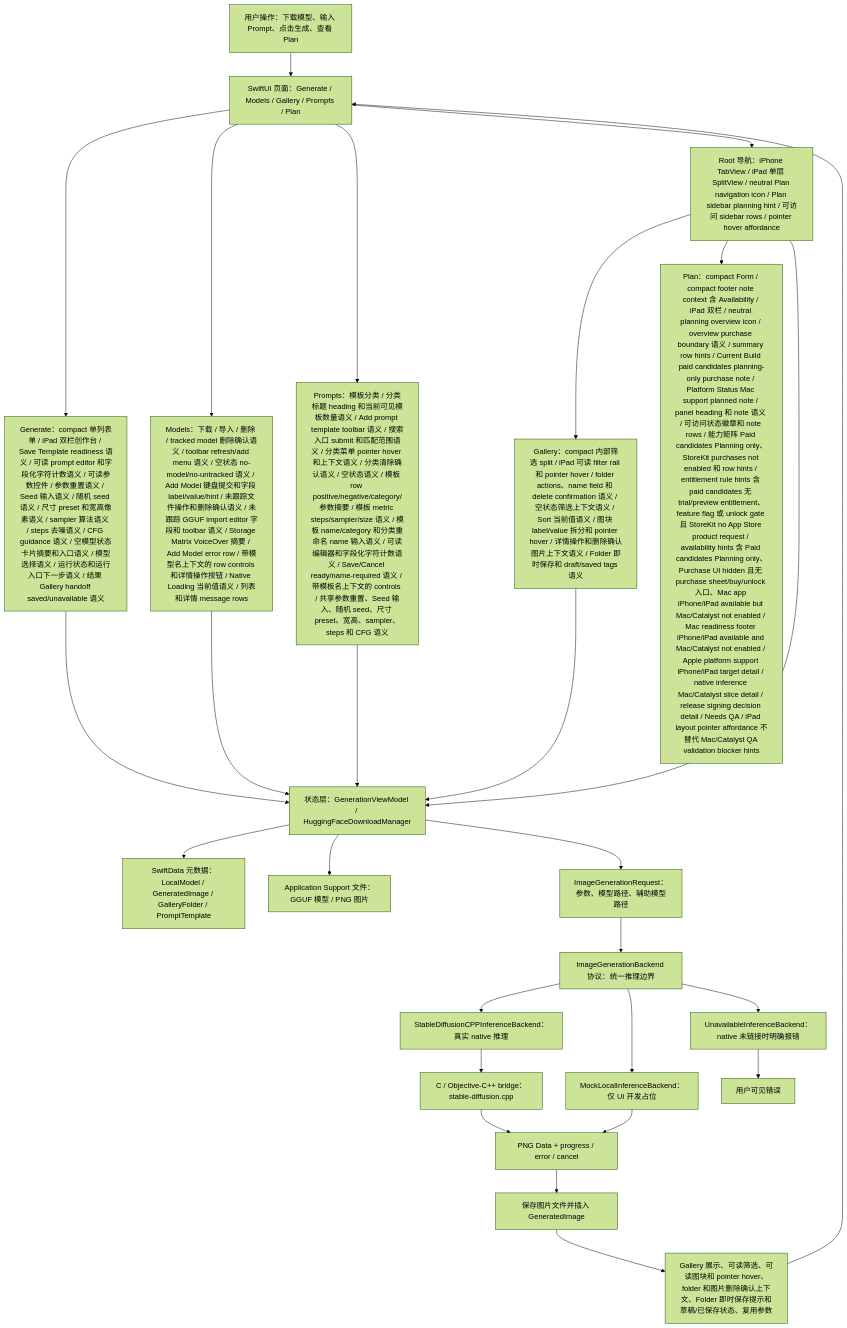
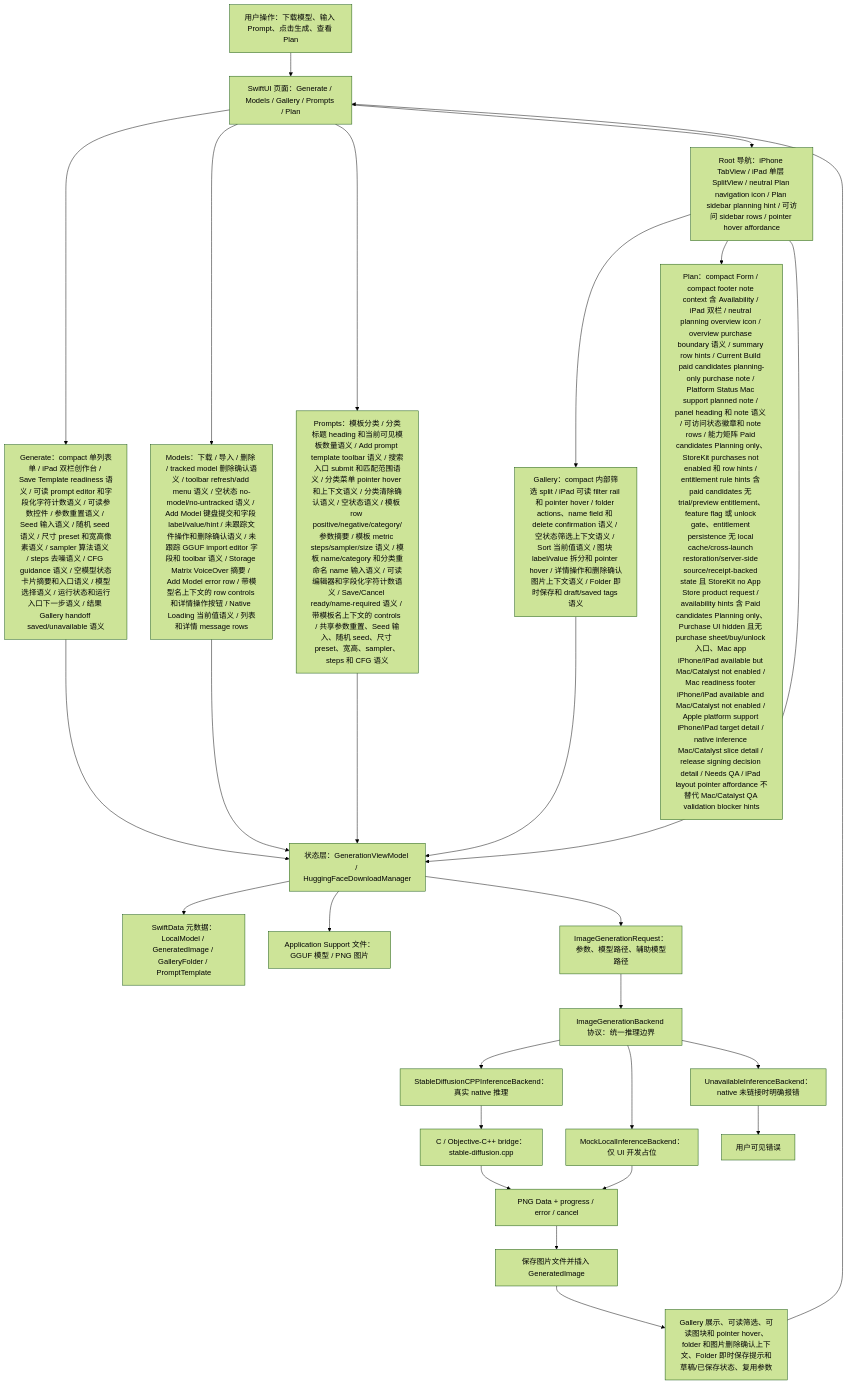
The first of 7 diagrams in md/flow/flowchart.md (Altman-sam114/118), drawn with Mermaid (forest theme) before and after one commit. The commit also changed 5 other files, not shown here.

First line of the commit message:
v1.113: Plan entitlement persistence boundary

````diff
--- a/md/flow/flowchart.md
+++ b/md/flow/flowchart.md
@@ -9,29 +9,29 @@
 ```mermaid
 flowchart TD
   U["用户操作：下载模型、输入 Prompt、点击生成、查看 Plan"] --> UI["SwiftUI 页面：Generate / Models / Gallery / Prompts / Plan"]
   UI --> GENUI["Generate：compact 单列表单 / iPad 双栏创作台 / Save Template readiness 语义 / 可读 prompt editor 和字段化字符计数语义 / 可读参数控件 / 参数重置语义 / Seed 输入语义 / 随机 seed 语义 / 尺寸 preset 和宽高像素语义 / sampler 算法语义 / steps 去噪语义 / CFG guidance 语义 / 空模型状态卡片摘要和入口语义 / 模型选择语义 / 运行状态和运行入口下一步语义 / 结果 Gallery handoff saved/unavailable 语义"]
   UI --> MODELUI["Models：下载 / 导入 / 删除 / tracked model 删除确认语义 / toolbar refresh/add menu 语义 / 空状态 no-model/no-untracked 语义 / Add Model 键盘提交和字段 label/value/hint / 未跟踪文件操作和删除确认语义 / 未跟踪 GGUF import editor 字段和 toolbar 语义 / Storage Matrix VoiceOver 摘要 / Add Model error row / 带模型名上下文的 row controls 和详情操作按钮 / Native Loading 当前值语义 / 列表和详情 message rows"]
   UI --> PROMPTUI["Prompts：模板分类 / 分类标题 heading 和当前可见模板数量语义 / Add prompt template toolbar 语义 / 搜索入口 submit 和匹配范围语义 / 分类菜单 pointer hover 和上下文语义 / 分类清除确认语义 / 空状态语义 / 模板 row positive/negative/category/参数摘要 / 模板 metric steps/sampler/size 语义 / 模板 name/category 和分类重命名 name 输入语义 / 可读编辑器和字段化字符计数语义 / Save/Cancel ready/name-required 语义 / 带模板名上下文的 controls / 共享参数重置、Seed 输入、随机 seed、尺寸 preset、宽高、sampler、steps 和 CFG 语义"]
   UI --> NAV["Root 导航：iPhone TabView / iPad 单层 SplitView / neutral Plan navigation icon / Plan sidebar planning hint / 可访问 sidebar rows / pointer hover affordance"]
   NAV --> GALUI["Gallery：compact 内部筛选 split / iPad 可读 filter rail 和 pointer hover / folder actions、name field 和 delete confirmation 语义 / 空状态筛选上下文语义 / Sort 当前值语义 / 图块 label/value 拆分和 pointer hover / 详情操作和删除确认图片上下文语义 / Folder 即时保存和 draft/saved tags 语义"]
-  NAV --> PLANUI["Plan：compact Form / compact footer note context 含 Availability / iPad 双栏 / neutral planning overview icon / overview purchase boundary 语义 / summary row hints / Current Build paid candidates planning-only purchase note / Platform Status Mac support planned note / panel heading 和 note 语义 / 可访问状态徽章和 note rows / 能力矩阵 Paid candidates Planning only、StoreKit purchases not enabled 和 row hints / entitlement rule hints 含 paid candidates 无 trial/preview entitlement、feature flag 或 unlock gate 且 StoreKit no App Store product request / availability hints 含 Paid candidates Planning only、Purchase UI hidden 且无 purchase sheet/buy/unlock 入口、Mac app iPhone/iPad available but Mac/Catalyst not enabled / Mac readiness footer iPhone/iPad available and Mac/Catalyst not enabled / Apple platform support iPhone/iPad target detail / native inference Mac/Catalyst slice detail / release signing decision detail / Needs QA / iPad layout pointer affordance 不替代 Mac/Catalyst QA validation blocker hints"]
+  NAV --> PLANUI["Plan：compact Form / compact footer note context 含 Availability / iPad 双栏 / neutral planning overview icon / overview purchase boundary 语义 / summary row hints / Current Build paid candidates planning-only purchase note / Platform Status Mac support planned note / panel heading 和 note 语义 / 可访问状态徽章和 note rows / 能力矩阵 Paid candidates Planning only、StoreKit purchases not enabled 和 row hints / entitlement rule hints 含 paid candidates 无 trial/preview entitlement、feature flag 或 unlock gate、entitlement persistence 无 local cache/cross-launch restoration/server-side source/receipt-backed state 且 StoreKit no App Store product request / availability hints 含 Paid candidates Planning only、Purchase UI hidden 且无 purchase sheet/buy/unlock 入口、Mac app iPhone/iPad available but Mac/Catalyst not enabled / Mac readiness footer iPhone/iPad available and Mac/Catalyst not enabled / Apple platform support iPhone/iPad target detail / native inference Mac/Catalyst slice detail / release signing decision detail / Needs QA / iPad layout pointer affordance 不替代 Mac/Catalyst QA validation blocker hints"]
   NAV --> VM["状态层：GenerationViewModel / HuggingFaceDownloadManager"]
   GENUI --> VM
   MODELUI --> VM
   PROMPTUI --> VM
   GALUI --> VM
   VM --> SD["SwiftData 元数据：LocalModel / GeneratedImage / GalleryFolder / PromptTemplate"]
   VM --> FS["Application Support 文件：GGUF 模型 / PNG 图片"]
   VM --> REQ["ImageGenerationRequest：参数、模型路径、辅助模型路径"]
   REQ --> IFACE["ImageGenerationBackend 协议：统一推理边界"]
   IFACE --> NATIVE["StableDiffusionCPPInferenceBackend：真实 native 推理"]
   IFACE --> MOCK["MockLocalInferenceBackend：仅 UI 开发占位"]
   IFACE --> OFF["UnavailableInferenceBackend：native 未链接时明确报错"]
   NATIVE --> BRIDGE["C / Objective-C++ bridge：stable-diffusion.cpp"]
   BRIDGE --> PNG["PNG Data + progress / error / cancel"]
   MOCK --> PNG
   OFF --> ERR["用户可见错误"]
   PNG --> SAVE["保存图片文件并插入 GeneratedImage"]
   SAVE --> GALLERY["Gallery 展示、可读筛选、可读图块和 pointer hover、folder 和图片删除确认上下文、Folder 即时保存提示和草稿/已保存状态、复用参数"]
   GALLERY --> UI
 ```
````
